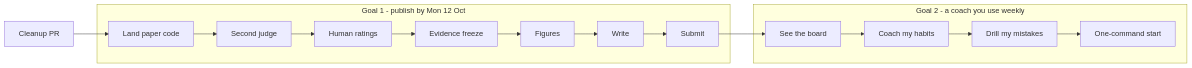
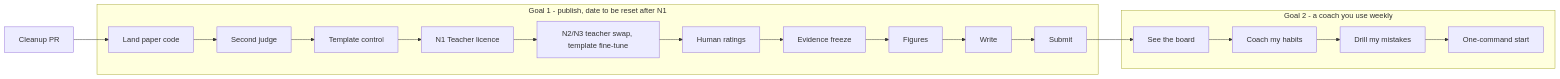
One commit to mishal9/AI-Chess-Coach changed the diagram in PLAN.md. Above: the diagram before and after it, drawn with Mermaid. The commit also changed other lines of this file, not shown here.

First line of the commit message:
docs: update the plan with the licence blocker and the next steps

````diff
--- a/PLAN.md
+++ b/PLAN.md
@@ -46,11 +104,11 @@
 ```mermaid
 flowchart LR
     C[Cleanup PR] --> P1
-    subgraph G1["Goal 1 - publish by Mon 12 Oct"]
-      P1[Land paper code] --> P2[Second judge] --> P3[Human ratings] --> P4[Evidence freeze] --> P5[Figures] --> P6[Write] --> P7[Submit]
+    subgraph G1["Goal 1 - publish, date to be reset after N1"]
+      P1[Land paper code] --> P2[Second judge] --> T[Template control] --> N1[N1 Teacher licence] --> N3[N2/N3 teacher swap, template fine-tune] --> P3[Human ratings] --> P4[Evidence freeze] --> P5[Figures] --> P6[Write] --> P7[Submit]
     end
     P7 --> A1
     subgraph G2["Goal 2 - a coach you use weekly"]
       A1[See the board] --> A2[Coach my habits] --> A3[Drill my mistakes] --> A4[One-command start]
     end
 ```
````
